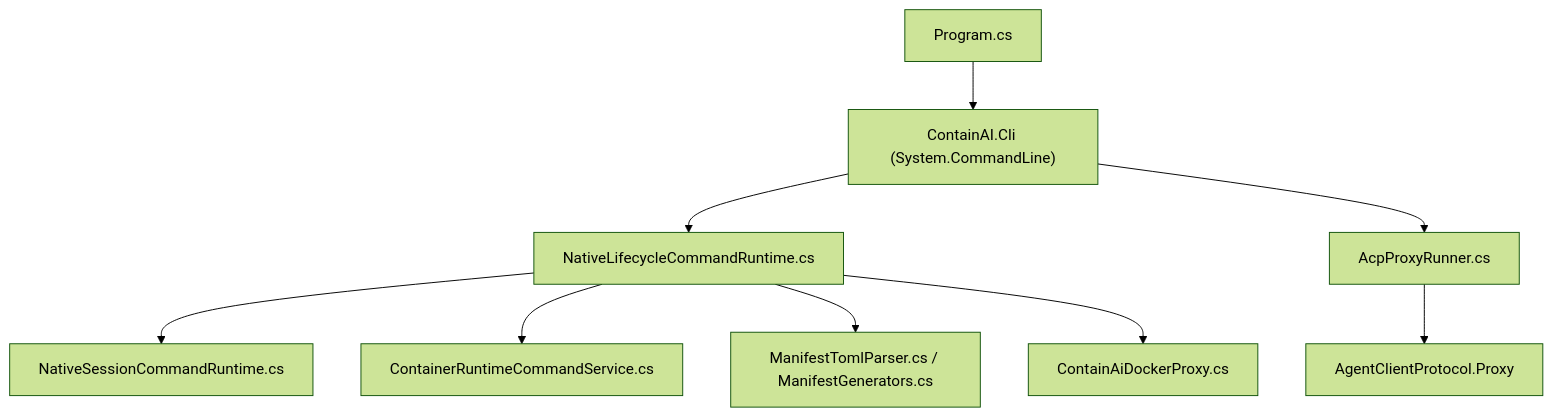
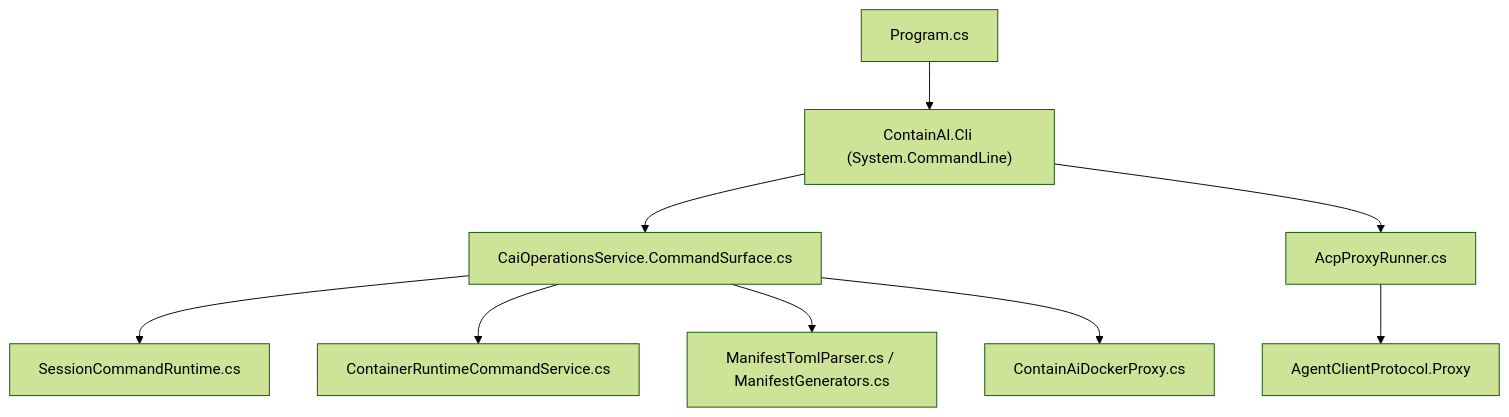
The eighth of 11 diagrams in docs/architecture.md (novotnyllc/ContainAI), drawn with Mermaid (forest theme) before and after one commit. The commit also changed other lines of this file and 50 other files, not shown here.

Commit message:
Refactor runtime naming and split session command orchestration

````diff
--- a/docs/architecture.md
+++ b/docs/architecture.md
@@ -428,12 +428,12 @@
 ```mermaid
 flowchart TD
     Main["Program.cs"] --> Cli["ContainAI.Cli (System.CommandLine)"]
-    Cli --> Runtime["NativeLifecycleCommandRuntime.cs"]
-    Runtime --> Session["NativeSessionCommandRuntime.cs"]
+    Cli --> Runtime["CaiOperationsService.CommandSurface.cs"]
+    Runtime --> Session["SessionCommandRuntime.cs"]
     Runtime --> Container["ContainerRuntimeCommandService.cs"]
     Runtime --> Manifest["ManifestTomlParser.cs / ManifestGenerators.cs"]
     Runtime --> DockerProxy["ContainAiDockerProxy.cs"]
     Cli --> AcpRunner["AcpProxyRunner.cs"]
     AcpRunner --> AcpLib["AgentClientProtocol.Proxy"]
 
 ```
````
